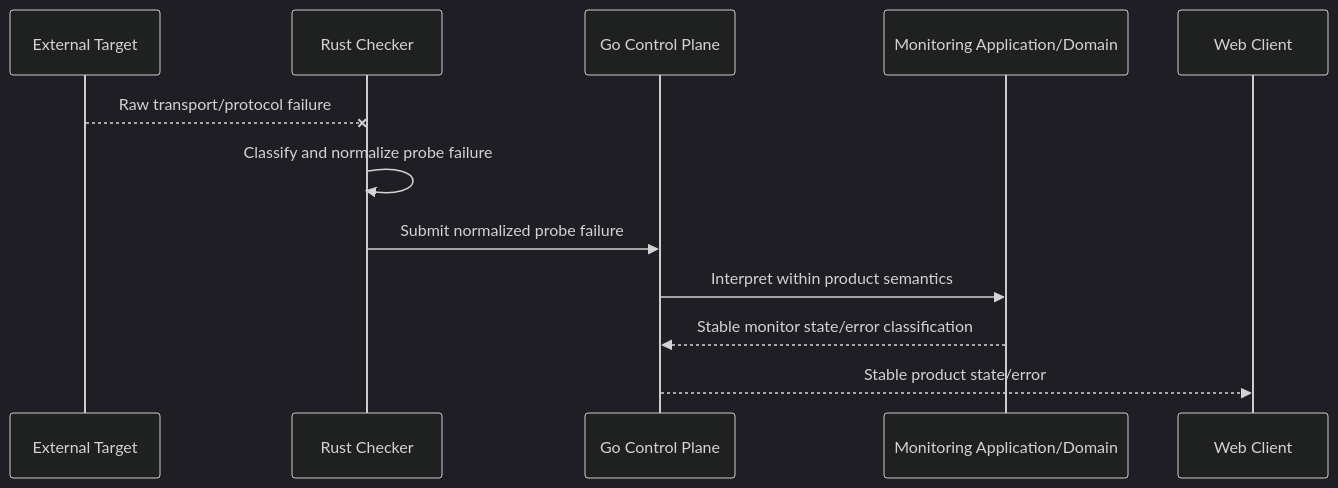
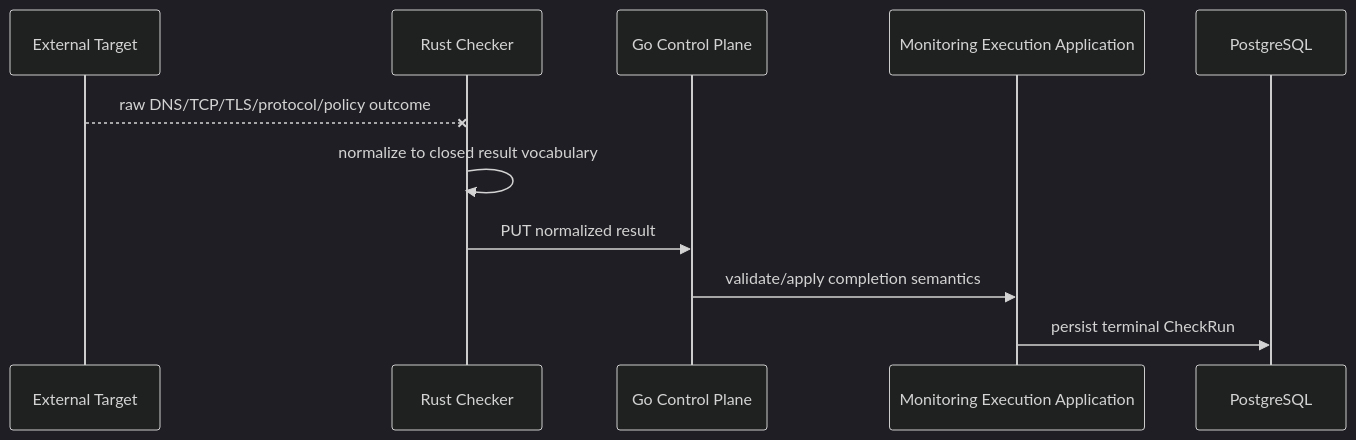
One commit to kefyusuf/uptime-lab changed the fourth of 4 diagrams in docs/architecture/runtime-flows.md. Above: the diagram before and after it, drawn with Mermaid (dark theme). The commit also changed other lines of this file and 94 other files, not shown here.

````diff
--- a/docs/architecture/runtime-flows.md
+++ b/docs/architecture/runtime-flows.md
@@ -78,15 +85,14 @@
 ```mermaid
 sequenceDiagram
     participant Target as External Target
     participant Rust as Rust Checker
     participant Go as Go Control Plane
-    participant Monitoring as Monitoring Application/Domain
-    participant Web as Web Client
+    participant Monitoring as Monitoring Execution Application
+    participant DB as PostgreSQL
 
-    Target--xRust: Raw transport/protocol failure
-    Rust->>Rust: Classify and normalize probe failure
-    Rust->>Go: Submit normalized probe failure
-    Go->>Monitoring: Interpret within product semantics
-    Monitoring-->>Go: Stable monitor state/error classification
-    Go-->>Web: Stable product state/error
+    Target--xRust: raw DNS/TCP/TLS/protocol/policy outcome
+    Rust->>Rust: normalize to closed result vocabulary
+    Rust->>Go: PUT normalized result
+    Go->>Monitoring: validate/apply completion semantics
+    Monitoring->>DB: persist terminal CheckRun
 ```
````
